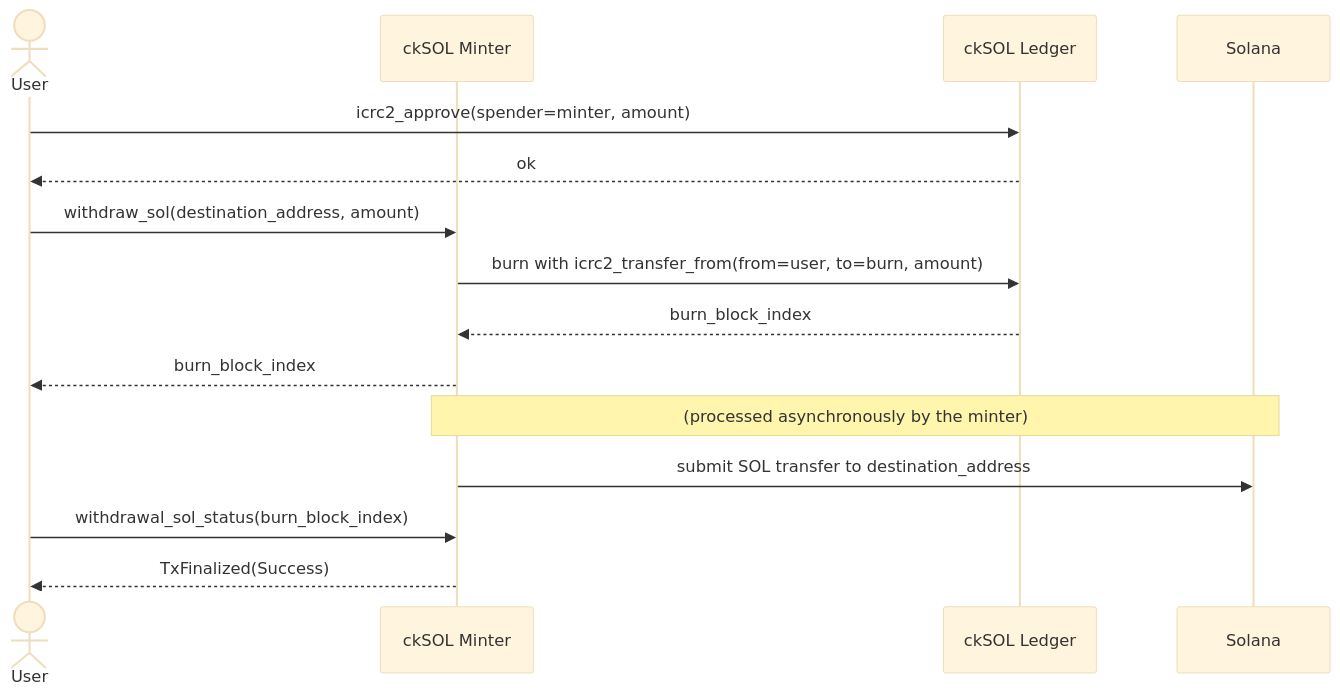
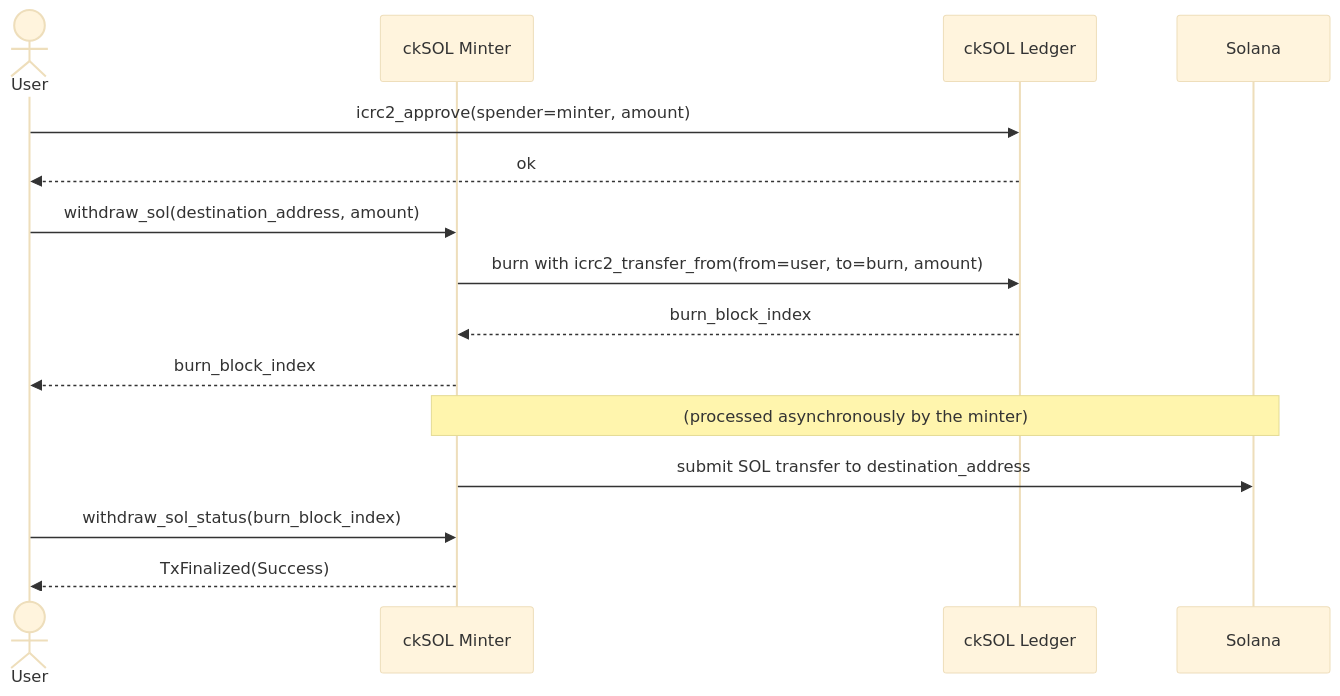
The second of 3 diagrams in README.md (dfinity/cksol), drawn with Mermaid (base theme) before and after one commit. The commit also changed other lines of this file and 12 other files, not shown here.

First line of the commit message:
refactor(minter)!: name the withdrawal types and status endpoint after the asset

````diff
--- a/README.md
+++ b/README.md
@@ -92,21 +92,21 @@
 ```mermaid
 sequenceDiagram
     actor User
     participant Minter as ckSOL Minter
     participant Ledger as ckSOL Ledger
     participant Solana
 
     User->>Ledger: icrc2_approve(spender=minter, amount)
     Ledger-->>User: ok
 
     User->>Minter: withdraw_sol(destination_address, amount)
     Minter->>Ledger: burn with icrc2_transfer_from(from=user, to=burn, amount)
     Ledger-->>Minter: burn_block_index
     Minter-->>User: burn_block_index
 
     Note over Minter,Solana: (processed asynchronously by the minter)
     Minter->>Solana: submit SOL transfer to destination_address
 
-    User->>Minter: withdrawal_sol_status(burn_block_index)
+    User->>Minter: withdraw_sol_status(burn_block_index)
     Minter-->>User: TxFinalized(Success)
 ```
````
